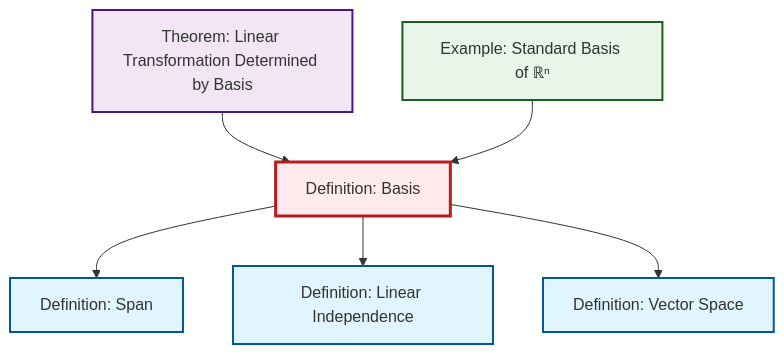
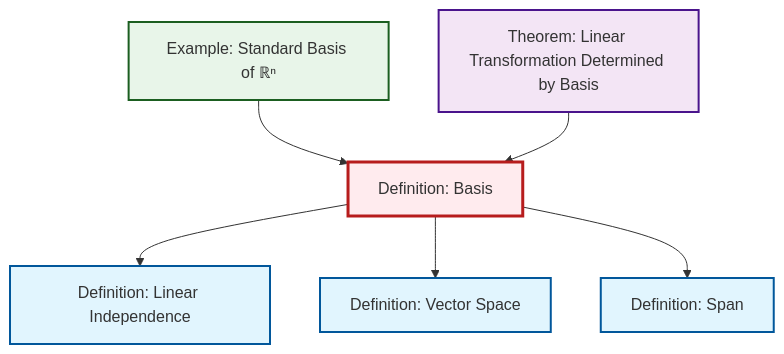
One commit to RK0429/ModernMath changed the diagram in content/ja/algebra/def-basis.qmd. Above: the diagram before and after it, drawn with Mermaid. The commit also changed other lines of this file and 497 other files, not shown here.

````diff
--- a/content/ja/algebra/def-basis.qmd
+++ b/content/ja/algebra/def-basis.qmd
@@ -56,26 +56,26 @@
 ```{mermaid}
 %%| fig-cap: "Local dependency graph"
 graph TD
     classDef definition fill:#e1f5fe,stroke:#01579b,stroke-width:2px
     classDef theorem fill:#f3e5f5,stroke:#4a148c,stroke-width:2px
     classDef axiom fill:#fff3e0,stroke:#e65100,stroke-width:2px
     classDef example fill:#e8f5e9,stroke:#1b5e20,stroke-width:2px
     classDef current fill:#ffebee,stroke:#b71c1c,stroke-width:3px
+    def-vector-space["Definition: Vector Space"]:::definition
     def-basis["Definition: Basis"]:::definition
+    thm-linear-transformation-basis["Theorem: Linear Transformation Determined by Basis"]:::theorem
+    def-linear-independence["Definition: Linear Independence"]:::definition
+    ex-standard-basis-rn["Example: Standard Basis of ℝⁿ"]:::example
     def-span["Definition: Span"]:::definition
-    thm-linear-transformation-basis["Theorem: Linear Transformation Determined by Basis"]:::theorem
-    def-vector-space["Definition: Vector Space"]:::definition
-    ex-standard-basis-rn["Example: Standard Basis of ℝⁿ"]:::example
-    def-linear-independence["Definition: Linear Independence"]:::definition
+    ex-standard-basis-rn --> def-basis
+    thm-linear-transformation-basis --> def-basis
+    def-basis --> def-linear-independence
+    def-basis --> def-vector-space
     def-basis --> def-span
-    def-basis --> def-linear-independence
-    thm-linear-transformation-basis --> def-basis
-    ex-standard-basis-rn --> def-basis
-    def-basis --> def-vector-space
     class def-basis current
+    click def-vector-space "def-vector-space.html" "Definition: Vector Spaceへ"
+    click thm-linear-transformation-basis "thm-linear-transformation-basis.html" "Theorem: Linear Transformation Determined by Basisへ"
+    click def-linear-independence "def-linear-independence.html" "Definition: Linear Independenceへ"
+    click ex-standard-basis-rn "ex-standard-basis-rn.html" "Example: Standard Basis of ℝⁿへ"
     click def-span "def-span.html" "Definition: Spanへ"
-    click thm-linear-transformation-basis "thm-linear-transformation-basis.html" "Theorem: Linear Transformation Determined by Basisへ"
-    click def-vector-space "def-vector-space.html" "Definition: Vector Spaceへ"
-    click ex-standard-basis-rn "ex-standard-basis-rn.html" "Example: Standard Basis of ℝⁿへ"
-    click def-linear-independence "def-linear-independence.html" "Definition: Linear Independenceへ"
 ```
````
